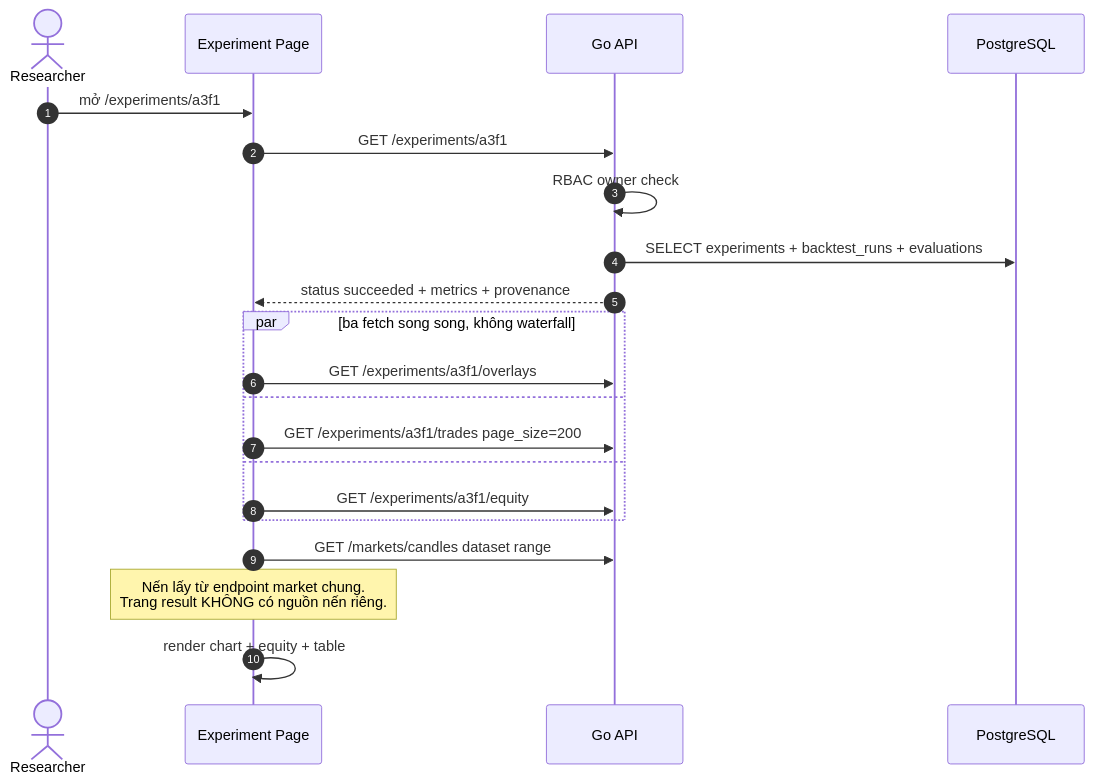
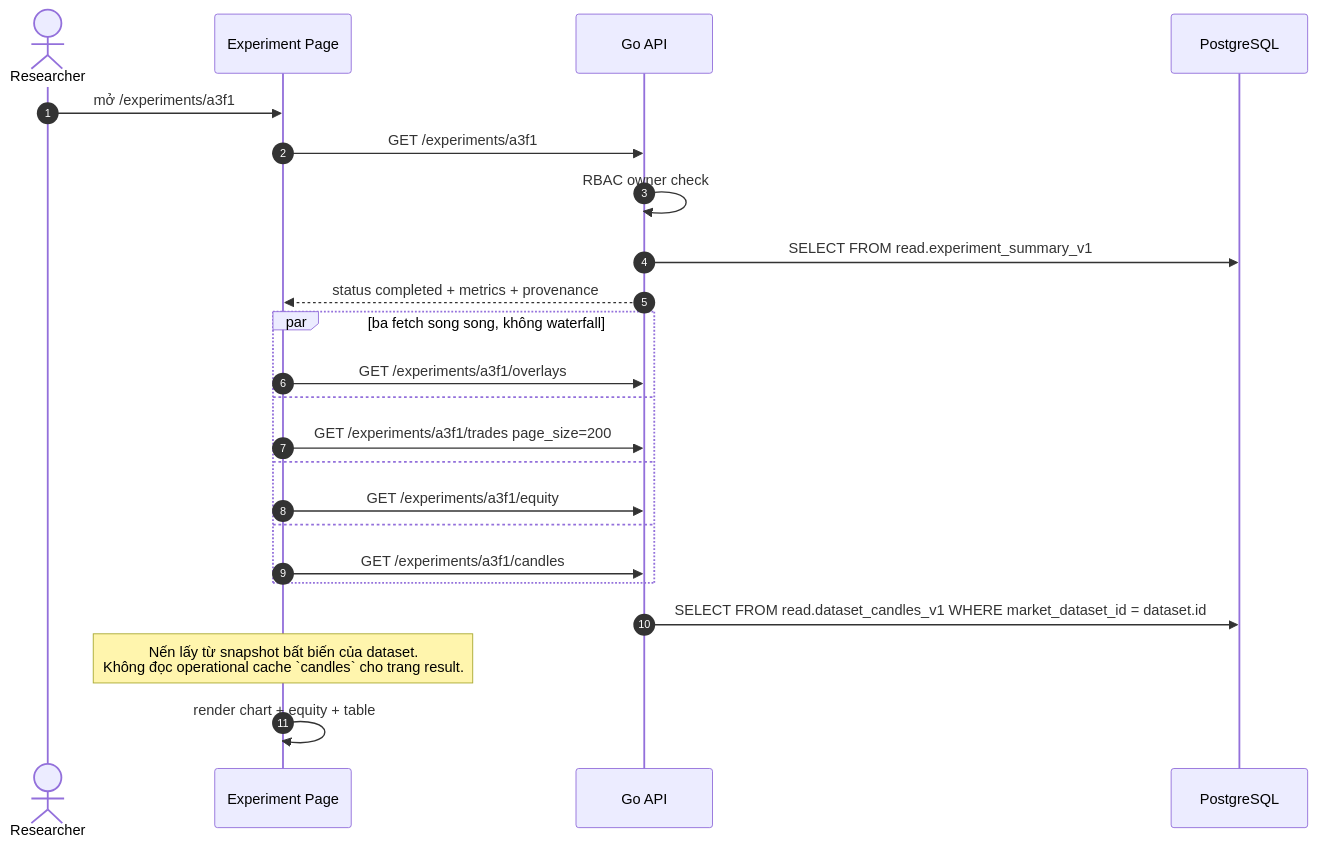
One commit to EnsoTech-Studio/CryptoBot changed the first of 2 diagrams in blueprint/specs/visualization.md. Above: the diagram before and after it, drawn with Mermaid. The commit also changed other lines of this file and 59 other files, not shown here.

Commit message:
update(blueprint): finalize architecture contracts

````diff
--- a/blueprint/specs/visualization.md
+++ b/blueprint/specs/visualization.md
@@ -168,25 +205,27 @@
 ```mermaid
 sequenceDiagram
     autonumber
     actor U as Researcher
     participant PG as Experiment Page
     participant API as Go API
     participant DB as PostgreSQL
 
     U->>PG: mở /experiments/a3f1
     PG->>API: GET /experiments/a3f1
     API->>API: RBAC owner check
-    API->>DB: SELECT experiments + backtest_runs + evaluations
-    API-->>PG: status succeeded + metrics + provenance
+    API->>DB: SELECT FROM read.experiment_summary_v1
+    API-->>PG: status completed + metrics + provenance
 
     par ba fetch song song, không waterfall
         PG->>API: GET /experiments/a3f1/overlays
     and
         PG->>API: GET /experiments/a3f1/trades page_size=200
+        and
+        PG->>API: GET /experiments/a3f1/equity
     and
-        PG->>API: GET /experiments/a3f1/equity
+        PG->>API: GET /experiments/a3f1/candles
     end
-    PG->>API: GET /markets/candles dataset range
-    Note over PG: Nến lấy từ endpoint market chung.<br/>Trang result KHÔNG có nguồn nến riêng.
+    API->>DB: SELECT FROM read.dataset_candles_v1 WHERE market_dataset_id = dataset.id
+    Note over PG: Nến lấy từ snapshot bất biến của dataset.<br/>Không đọc operational cache `candles` cho trang result.
     PG->>PG: render chart + equity + table
 ```
````
